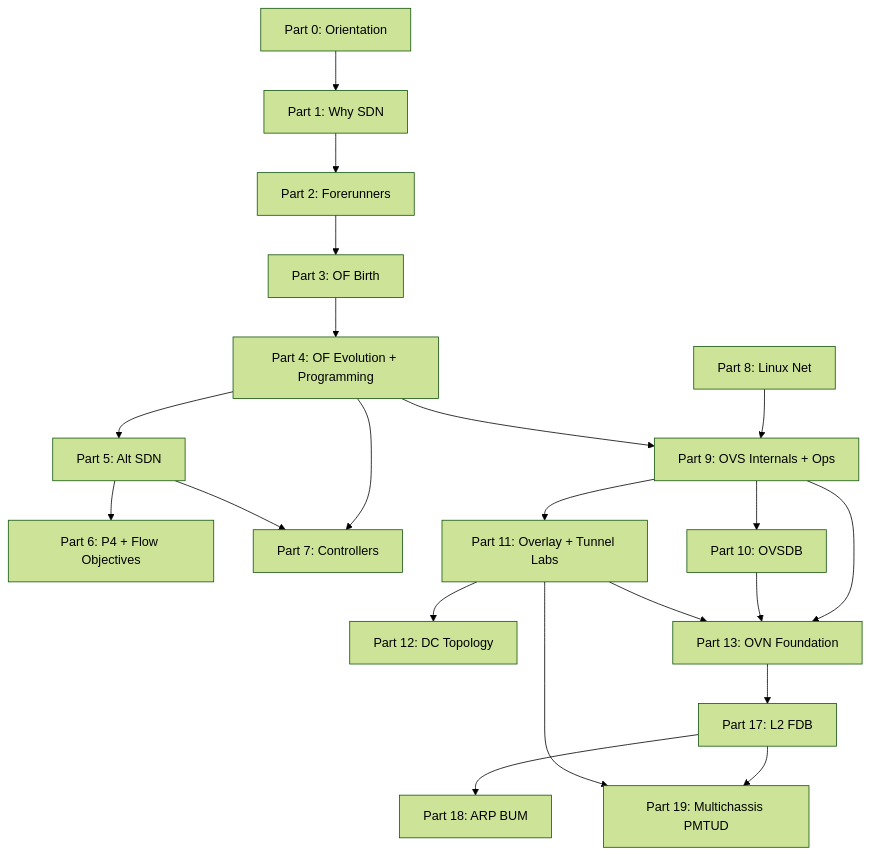
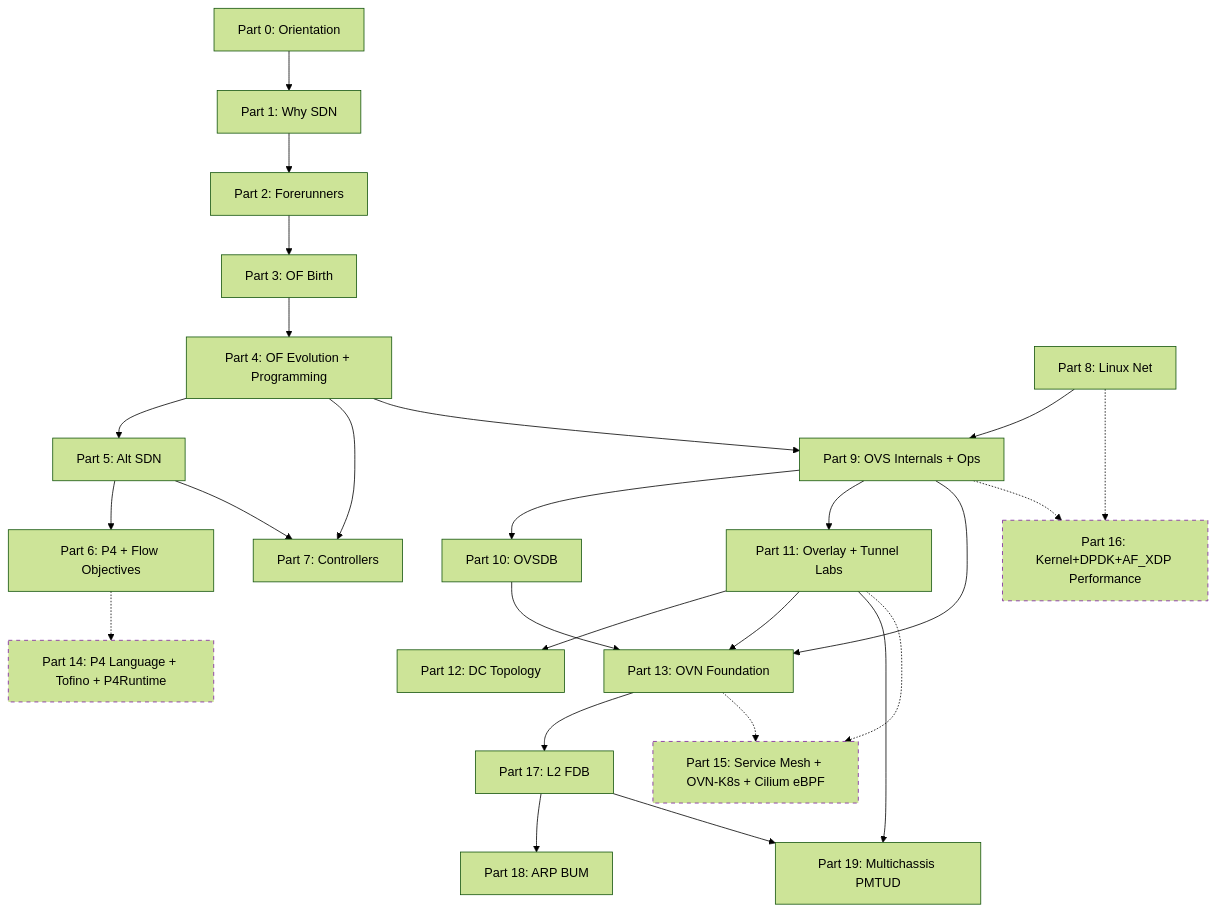
One commit to volehuy1998/network-onboard changed the diagram in sdn-onboard/README.md. Above: the diagram before and after it, drawn with Mermaid (forest theme). The commit also changed other lines of this file, not shown here.

Commit message:
docs(sdn): README dependency graph — add Block XIV/XV/XVI Expert Extension
Update knowledge dependency mermaid graph:
- Add P14/P15/P16 nodes với Expert Extension class (dashed border,
  purple color)
- Prerequisite arrows:
  - P6 -.-> P14 (P4 overview → P4 deep dive)
  - P13 -.-> P15 (OVN → OVN-K8s CNI)
  - P11 -.-> P15 (overlay → service mesh integration)
  - P9 -.-> P16 (OVS internals → DPDK performance)
  - P8 -.-> P16 (Linux net → kernel tuning)
- Dashed arrows cho optional nature (Expert Extension không block
  foundation path 0-XIII → 17-19)
- classDef expert styling with stroke-dasharray: 5 5

Updates prose above graph: "Part 0 → 19 với Expert Extension Part 14-16
ở rev 4". Note Expert Extension là optional track.

````diff
--- a/sdn-onboard/README.md
+++ b/sdn-onboard/README.md
@@ -23,41 +23,53 @@
 ```mermaid
 graph TD
   P0[Part 0: Orientation]
   P1[Part 1: Why SDN]
   P2[Part 2: Forerunners]
   P3[Part 3: OF Birth]
   P4[Part 4: OF Evolution + Programming]
   P5[Part 5: Alt SDN]
   P6[Part 6: P4 + Flow Objectives]
   P7[Part 7: Controllers]
   P8[Part 8: Linux Net]
   P9[Part 9: OVS Internals + Ops]
   P10[Part 10: OVSDB]
   P11[Part 11: Overlay + Tunnel Labs]
   P12[Part 12: DC Topology]
   P13[Part 13: OVN Foundation]
+  P14[Part 14: P4 Language + Tofino + P4Runtime]:::expert
+  P15[Part 15: Service Mesh + OVN-K8s + Cilium eBPF]:::expert
+  P16[Part 16: Kernel+DPDK+AF_XDP Performance]:::expert
   P17[Part 17: L2 FDB]
   P18[Part 18: ARP BUM]
   P19[Part 19: Multichassis PMTUD]
 
   P0 --> P1
   P1 --> P2
   P2 --> P3
   P3 --> P4
   P4 --> P5
   P4 --> P7
   P5 --> P6
   P5 --> P7
   P8 --> P9
   P9 --> P10
   P9 --> P11
   P4 --> P9
   P11 --> P12
   P9 --> P13
   P10 --> P13
   P11 --> P13
   P13 --> P17
   P17 --> P18
   P17 --> P19
   P11 --> P19
+
+  %% Expert Extension (optional track, rev 4)
+  P6 -.-> P14
+  P13 -.-> P15
+  P11 -.-> P15
+  P9 -.-> P16
+  P8 -.-> P16
+
+  classDef expert stroke-dasharray: 5 5,stroke:#7b1fa2
 ```
````
